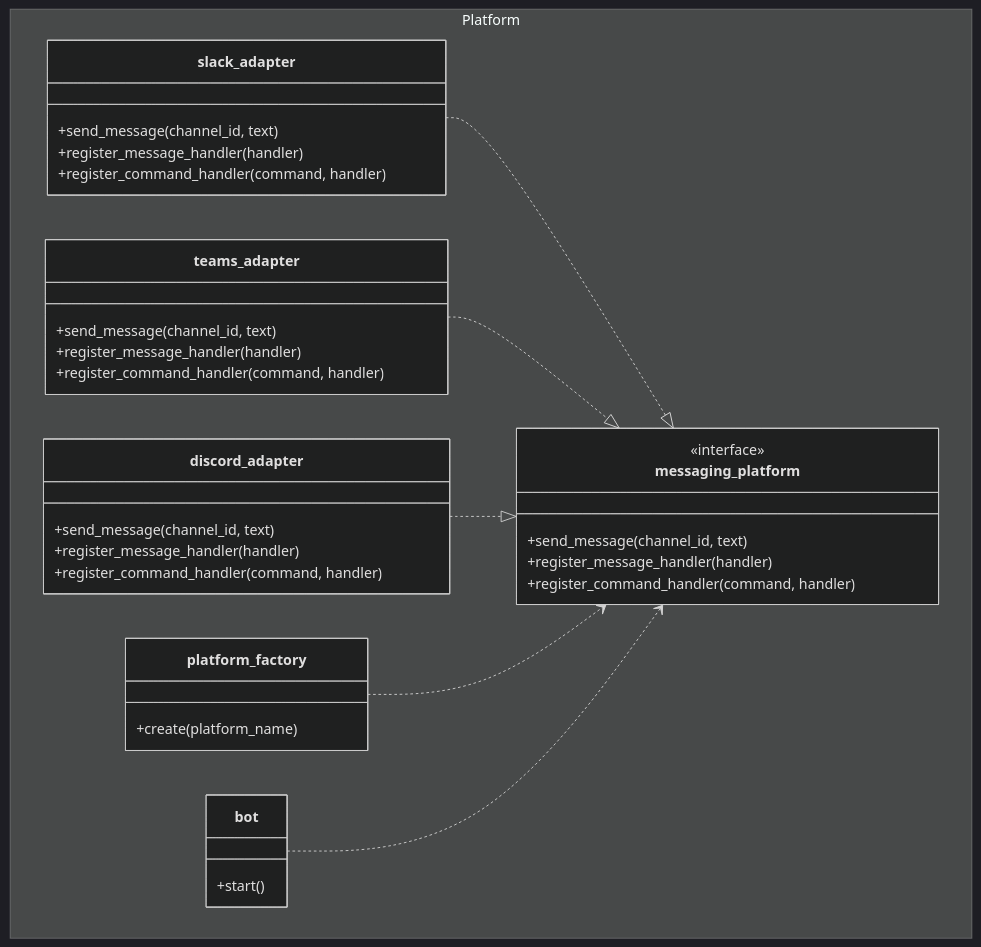
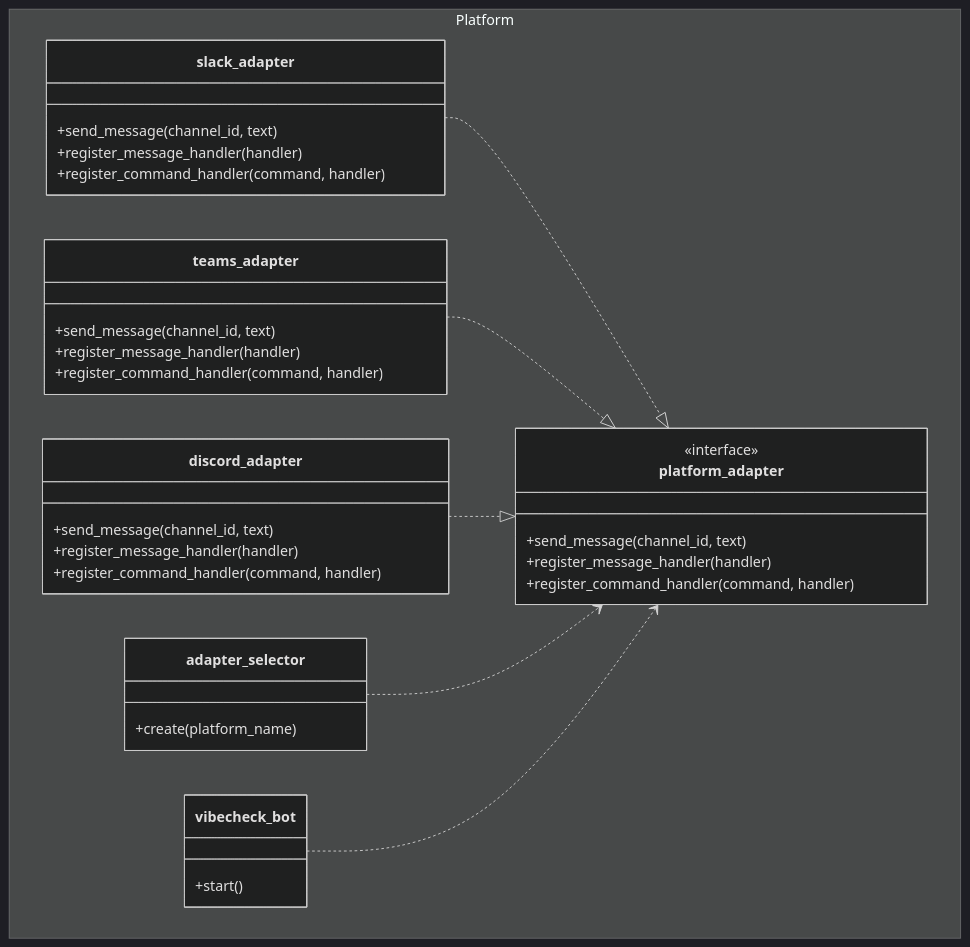
Before and after one commit to Capstone-Projects-2026-spring/project-bereal-chatbot: the fourth of 4 diagrams in documentation/docs/system-architecture/class-diagram.md, drawn with Mermaid (dark theme). The commit also changed other lines of this file, not shown here.

Commit message:
class diagram updated

````diff
--- a/documentation/docs/system-architecture/class-diagram.md
+++ b/documentation/docs/system-architecture/class-diagram.md
@@ -182,44 +182,44 @@
 ```mermaid
 classDiagram
 direction TB
     namespace Platform {
-        class messaging_platform {
+        class platform_adapter {
             <<interface>>
             +send_message(channel_id, text)
             +register_message_handler(handler)
             +register_command_handler(command, handler)
         }
 
         class slack_adapter {
             +send_message(channel_id, text)
             +register_message_handler(handler)
             +register_command_handler(command, handler)
         }
 
         class teams_adapter {
             +send_message(channel_id, text)
             +register_message_handler(handler)
             +register_command_handler(command, handler)
         }
 
         class discord_adapter {
             +send_message(channel_id, text)
             +register_message_handler(handler)
             +register_command_handler(command, handler)
         }
 
-        class platform_factory {
+        class adapter_selector {
             +create(platform_name)
         }
 
-        class bot {
+        class vibecheck_bot {
             +start()
         }
     }
 
-    slack_adapter ..|> messaging_platform
-    teams_adapter ..|> messaging_platform
-    discord_adapter ..|> messaging_platform
-    platform_factory ..> messaging_platform
-    bot ..> messaging_platform
+    slack_adapter ..|> platform_adapter
+    teams_adapter ..|> platform_adapter
+    discord_adapter ..|> platform_adapter
+    adapter_selector ..> platform_adapter
+    vibecheck_bot ..> platform_adapter
 ```
````
